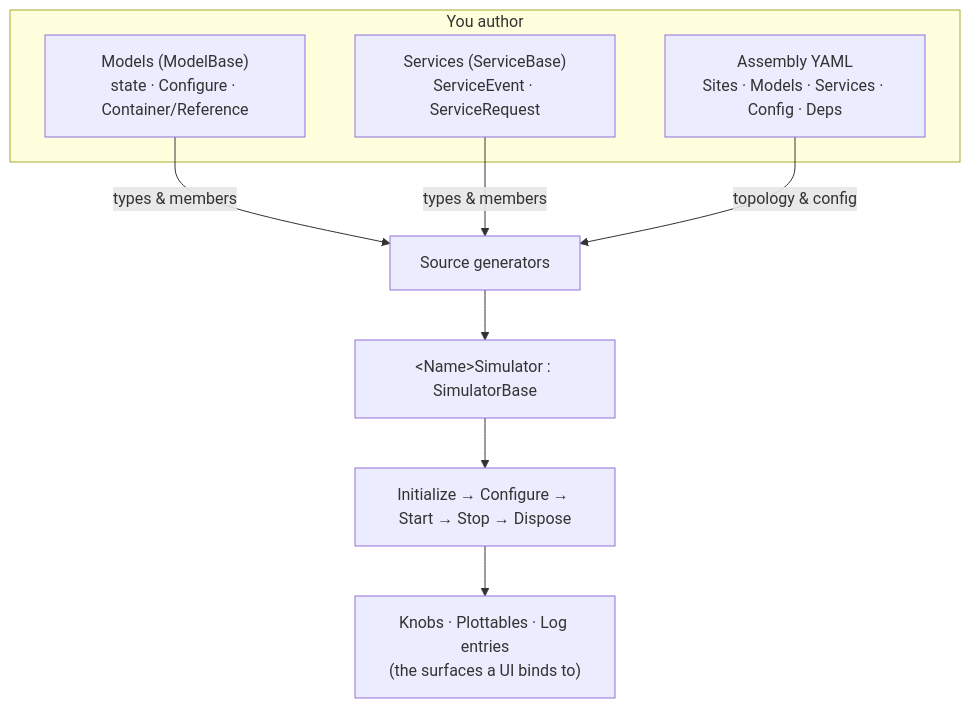
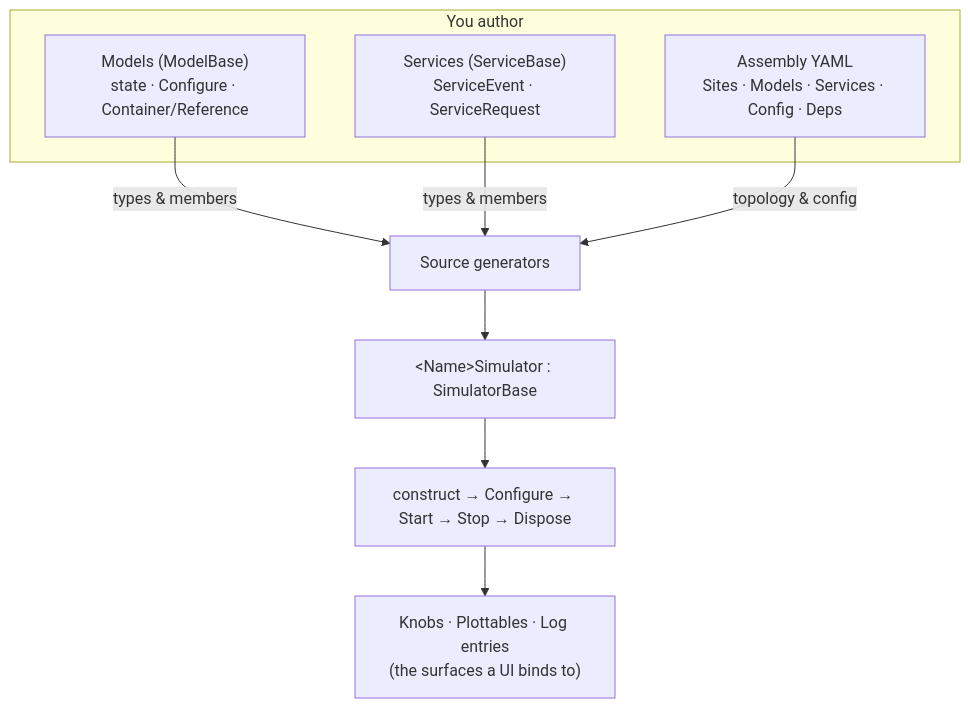
Before and after one commit to SimulaSharp-org/simulasharp-docs: the second of 2 diagrams in public/content/authoring-model.md, drawn with Mermaid. The commit also changed other lines of this file and 28 other files, not shown here.

````diff
--- a/public/content/authoring-model.md
+++ b/public/content/authoring-model.md
@@ -178,14 +178,14 @@
 ```mermaid
 flowchart TB
   subgraph you["You author"]
     MODELS["Models (ModelBase)<br/>state · Configure · Container/Reference"]
     SVCS["Services (ServiceBase)<br/>ServiceEvent · ServiceRequest"]
     ASM["Assembly YAML<br/>Sites · Models · Services · Config · Deps"]
   end
   MODELS -->|"types & members"| GEN
   SVCS -->|"types & members"| GEN
   ASM -->|"topology & config"| GEN
   GEN["Source generators"] --> OUT["&lt;Name&gt;Simulator : SimulatorBase"]
-  OUT --> LIFE["Initialize → Configure → Start → Stop → Dispose"]
+  OUT --> LIFE["construct → Configure → Start → Stop → Dispose"]
   LIFE --> OBS["Knobs · Plottables · Log entries<br/>(the surfaces a UI binds to)"]
 ```
````
